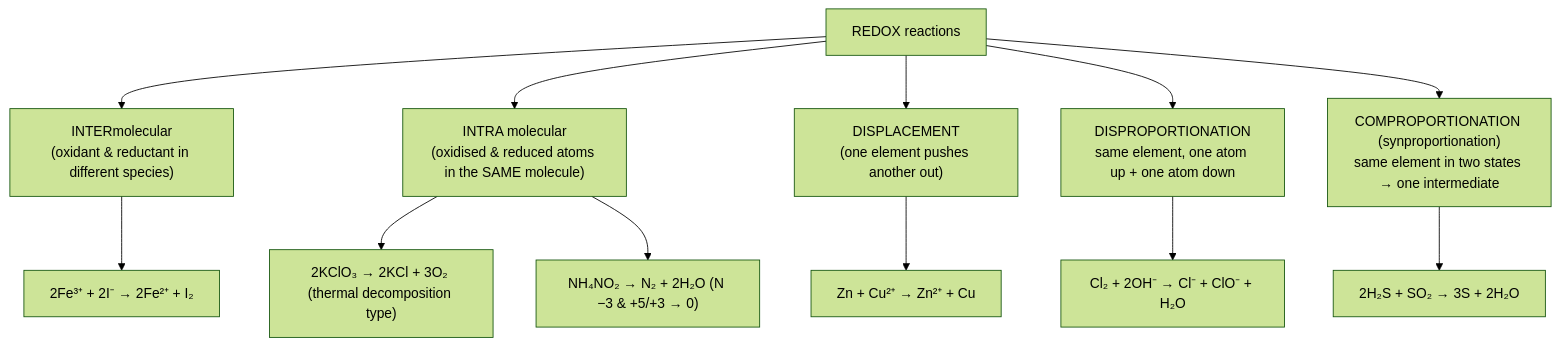
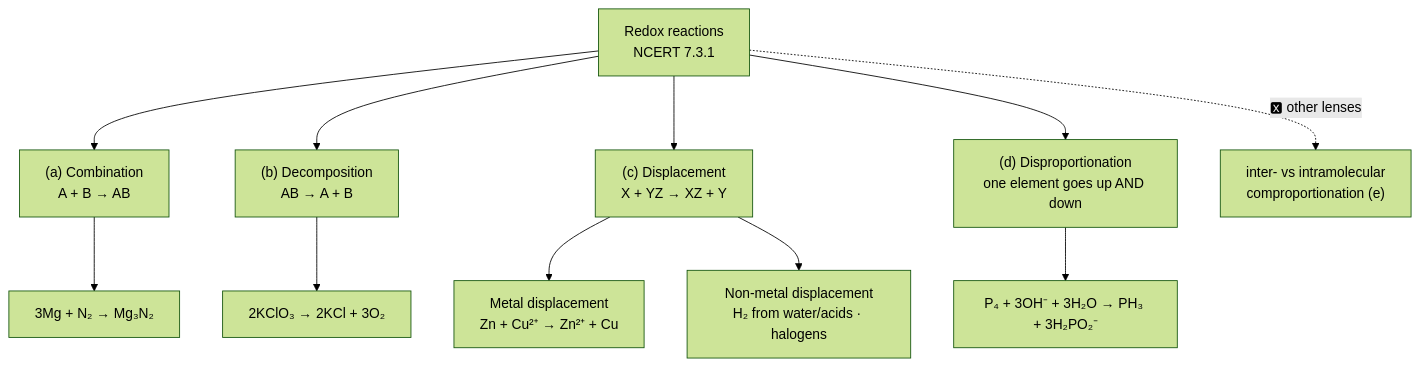
One commit to SurajGupta2009/Chem_JEEAd_notes changed the second of 7 diagrams in Physical-Chemistry/05-Redox-Reactions/notes.md. Above: the diagram before and after it, drawn with Mermaid (forest theme). The commit also changed other lines of this file and 9 other files, not shown here.

````diff
--- a/Physical-Chemistry/05-Redox-Reactions/notes.md
+++ b/Physical-Chemistry/05-Redox-Reactions/notes.md
@@ -306,14 +336,13 @@
 ```mermaid
 flowchart TD
-    R["REDOX reactions"] --> I["INTERmolecular<br>(oxidant & reductant in different species)"]
-    R --> IN["INTRA molecular<br>(oxidised & reduced atoms in the SAME molecule)"]
-    R --> D["DISPLACEMENT<br>(one element pushes another out)"]
-    R --> DI["DISPROPORTIONATION<br>same element, one atom up + one atom down"]
-    R --> CO["COMPROPORTIONATION (synproportionation)<br>same element in two states → one intermediate"]
-    I --> I1["2Fe³⁺ + 2I⁻ → 2Fe²⁺ + I₂"]
-    IN --> IN1["2KClO₃ → 2KCl + 3O₂ (thermal decomposition type)"]
-    IN --> IN2["NH₄NO₂ → N₂ + 2H₂O (N −3 & +5/+3 → 0)"]
-    D --> D1["Zn + Cu²⁺ → Zn²⁺ + Cu"]
-    DI --> DI1["Cl₂ + 2OH⁻ → Cl⁻ + ClO⁻ + H₂O"]
-    CO --> CO1["2H₂S + SO₂ → 3S + 2H₂O"]
+    R["Redox reactions<br>NCERT 7.3.1"] --> C["(a) Combination<br>A + B → AB"]
+    R --> DE["(b) Decomposition<br>AB → A + B"]
+    R --> DP["(c) Displacement<br>X + YZ → XZ + Y"]
+    R --> DS["(d) Disproportionation<br>one element goes up AND down"]
+    C --> C1["3Mg + N₂ → Mg₃N₂"]
+    DE --> D1["2KClO₃ → 2KCl + 3O₂"]
+    DP --> DM["Metal displacement<br>Zn + Cu²⁺ → Zn²⁺ + Cu"]
+    DP --> DN["Non-metal displacement<br>H₂ from water/acids · halogens"]
+    DS --> S1["P₄ + 3OH⁻ + 3H₂O → PH₃ + 3H₂PO₂⁻"]
+    R -.->|"🆇 other lenses"| X["inter- vs intramolecular<br>comproportionation (e)"]
 ```
````
